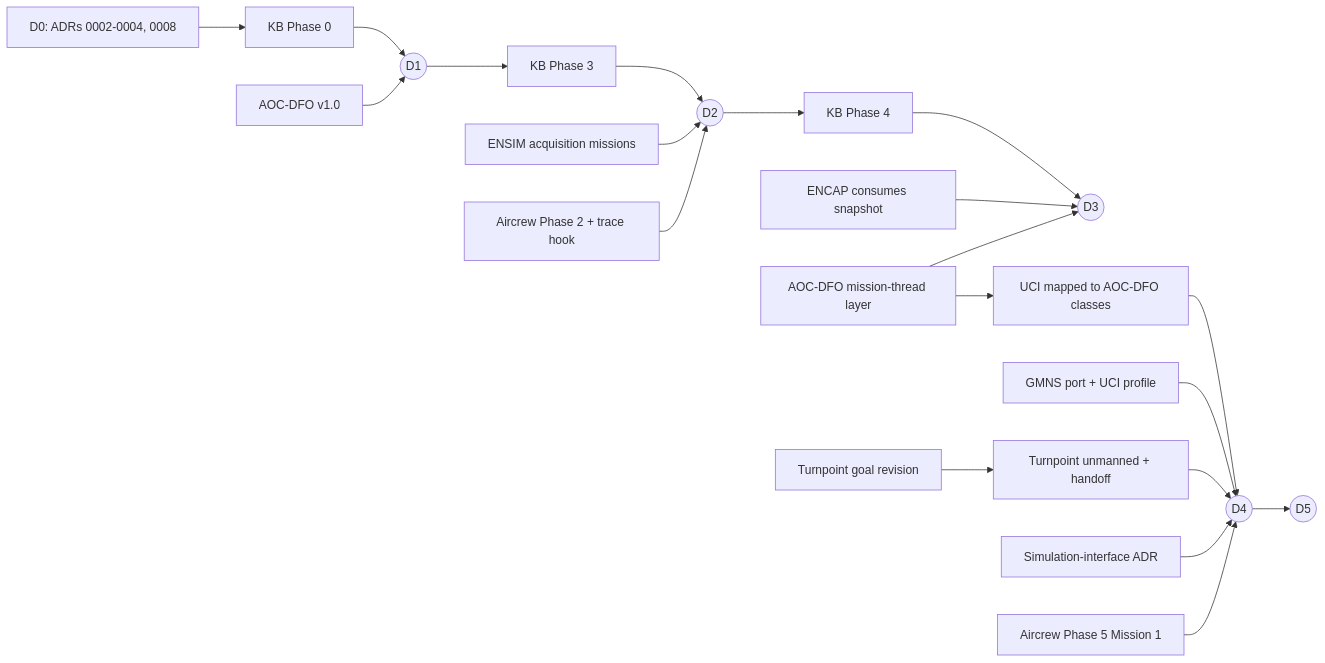
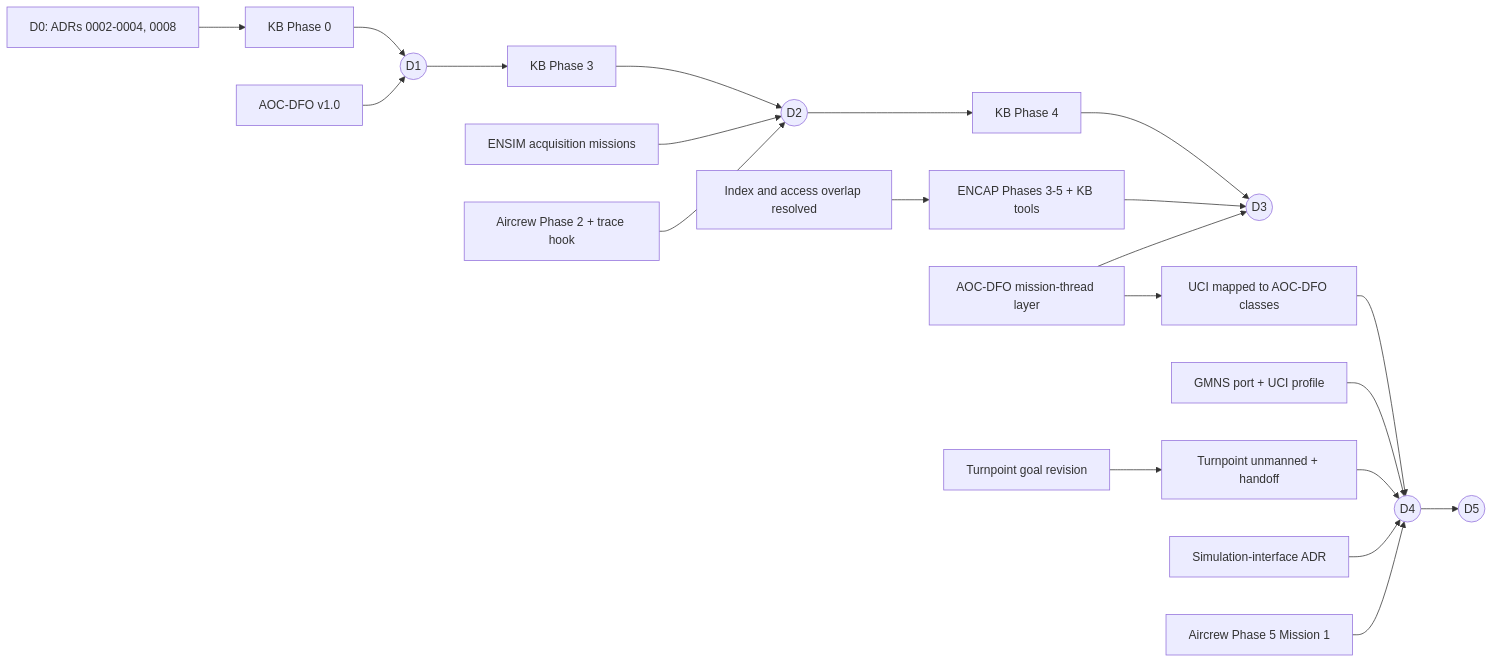
The second of 2 diagrams in docs/integrated-plan.md (semanticarchitectures/acquisition-knowledge-system), drawn with Mermaid before and after one commit. The commit also changed other lines of this file and 2 other files, not shown here.

First line of the commit message:
Link ENCAP repo; add ENCAP status and phases to the integrated plan

````diff
--- a/docs/integrated-plan.md
+++ b/docs/integrated-plan.md
@@ -107,19 +112,20 @@
 ```mermaid
 flowchart LR
   ADR[D0: ADRs 0002-0004, 0008] --> KB0[KB Phase 0]
   KB0 --> D1((D1))
   AO1[AOC-DFO v1.0] --> D1
   D1 --> KB3[KB Phase 3]
   EN[ENSIM acquisition missions] --> D2((D2))
   AL2[Aircrew Phase 2 + trace hook] --> D2
   KB3 --> D2
   D2 --> KB4[KB Phase 4] --> D3((D3))
-  ENC[ENCAP consumes snapshot] --> D3
+  OVL[Index and access overlap resolved] --> ENC
+  ENC[ENCAP Phases 3-5 + KB tools] --> D3
   AO9[AOC-DFO mission-thread layer] --> D3
   TPG[Turnpoint goal revision] --> TPU[Turnpoint unmanned + handoff] --> D4((D4))
   GMP[GMNS port + UCI profile] --> D4
   AO9 --> MAP[UCI mapped to AOC-DFO classes] --> D4
   SIM[Simulation-interface ADR] --> D4
   AL5[Aircrew Phase 5 Mission 1] --> D4
   D4 --> D5((D5))
 ```
````
